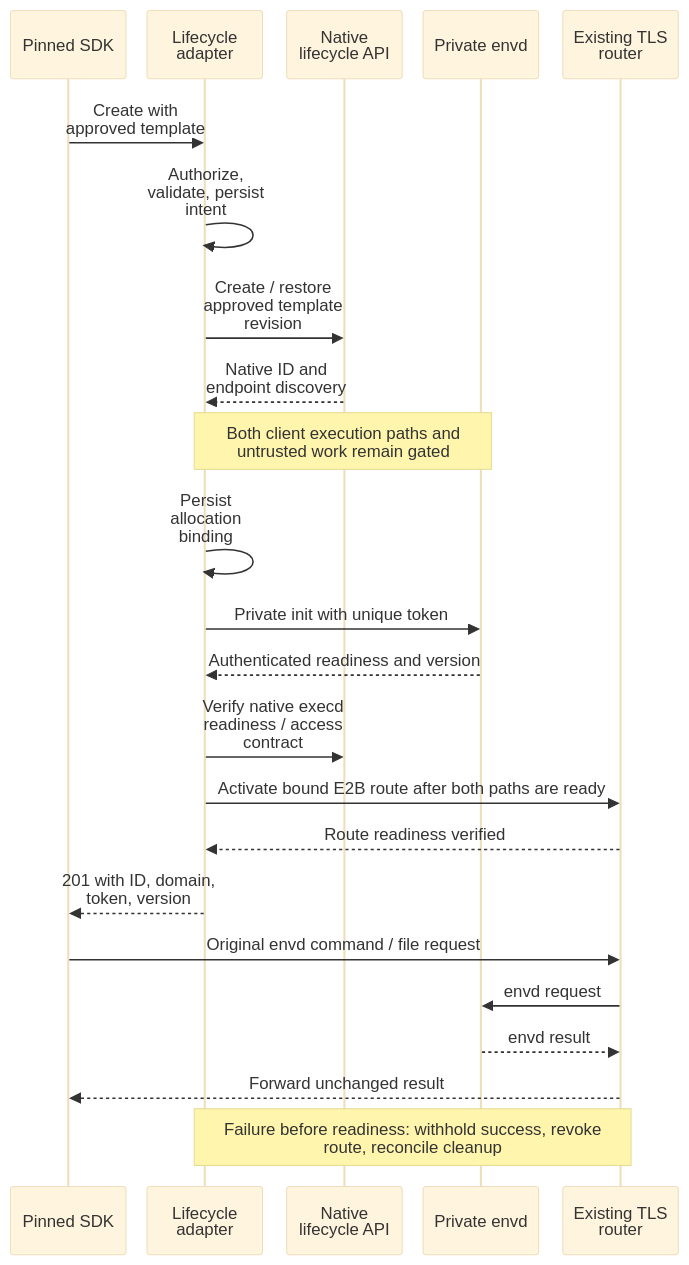
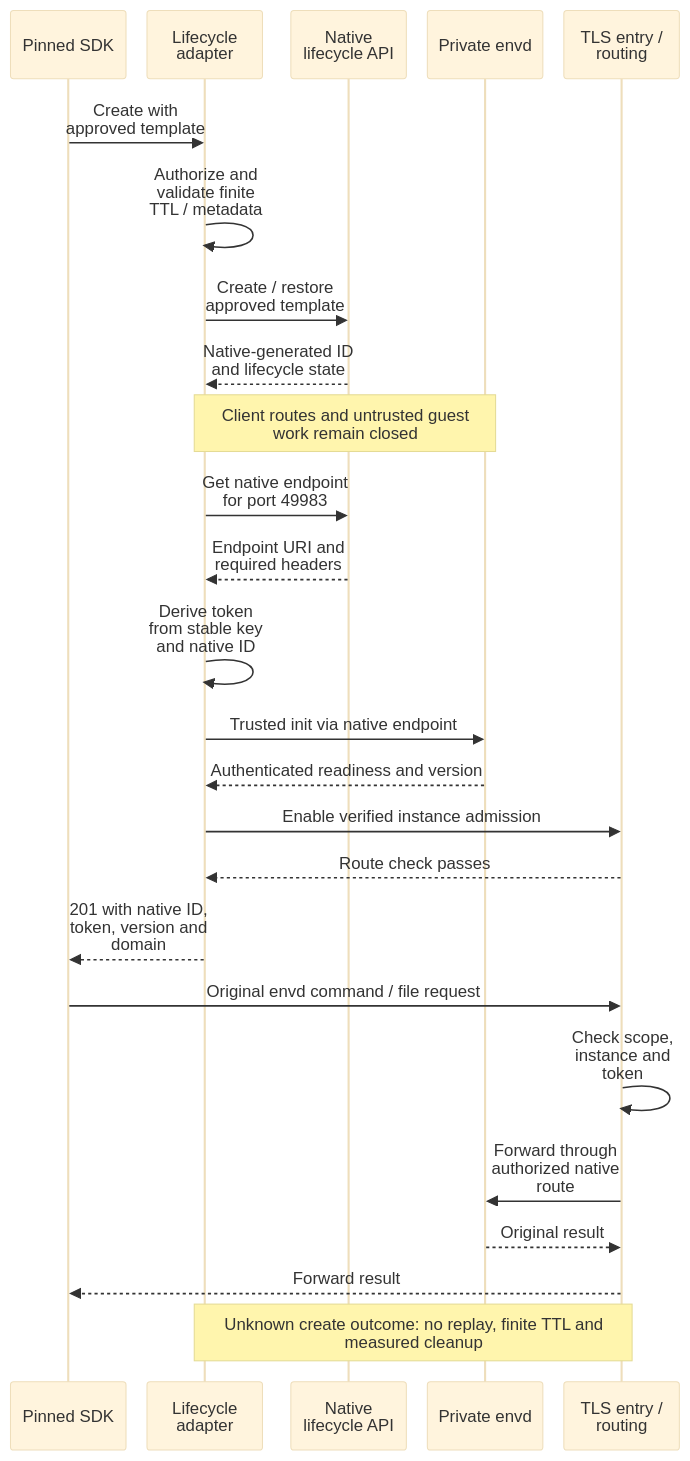
Before and after one commit to opensandbox-group/OpenSandbox: the second of 3 diagrams in oseps/0027-optional-e2b-compatibility.md, drawn with Mermaid (base theme). The commit also changed other lines of this file and 1 other file, not shown here.

````diff
--- a/oseps/0027-optional-e2b-compatibility.md
+++ b/oseps/0027-optional-e2b-compatibility.md
@@ -282,26 +290,28 @@
 ```mermaid
 %%{init: {"sequence": {"actorMargin": 20, "width": 110, "wrap": true}}}%%
 sequenceDiagram
     participant C as Pinned SDK
     participant A as Lifecycle adapter
     participant O as Native lifecycle API
     participant E as Private envd
-    participant R as Existing TLS router
+    participant R as TLS entry / routing
     C->>A: Create with approved template
-    A->>A: Authorize, validate, persist intent
-    A->>O: Create / restore approved template revision
-    O-->>A: Native ID and endpoint discovery
-    Note over A,E: Both client execution paths and untrusted work remain gated
-    A->>A: Persist allocation binding
-    A->>E: Private init with unique token
+    A->>A: Authorize and validate finite TTL / metadata
+    A->>O: Create / restore approved template
+    O-->>A: Native-generated ID and lifecycle state
+    Note over A,E: Client routes and untrusted guest work remain closed
+    A->>O: Get native endpoint for port 49983
+    O-->>A: Endpoint URI and required headers
+    A->>A: Derive token from stable key and native ID
+    A->>E: Trusted init via native endpoint
     E-->>A: Authenticated readiness and version
-    A->>O: Verify native execd readiness / access contract
-    A->>R: Activate bound E2B route after both paths are ready
-    R-->>A: Route readiness verified
-    A-->>C: 201 with ID, domain, token, version
+    A->>R: Enable verified instance admission
+    R-->>A: Route check passes
+    A-->>C: 201 with native ID, token, version and domain
     C->>R: Original envd command / file request
-    R->>E: envd request
-    E-->>R: envd result
-    R-->>C: Forward unchanged result
-    Note over A,R: Failure before readiness: withhold success, revoke route, reconcile cleanup
+    R->>R: Check scope, instance and token
+    R->>E: Forward through authorized native route
+    E-->>R: Original result
+    R-->>C: Forward result
+    Note over A,R: Unknown create outcome: no replay, finite TTL and measured cleanup
 ```
````
